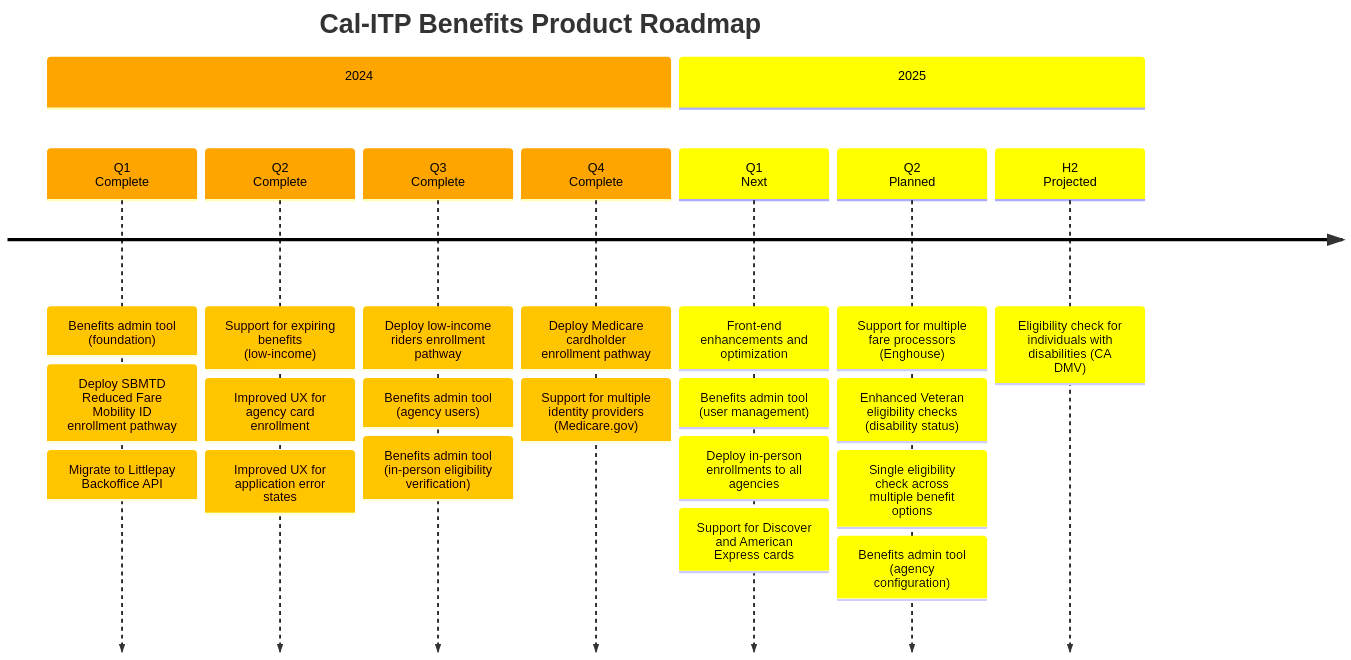
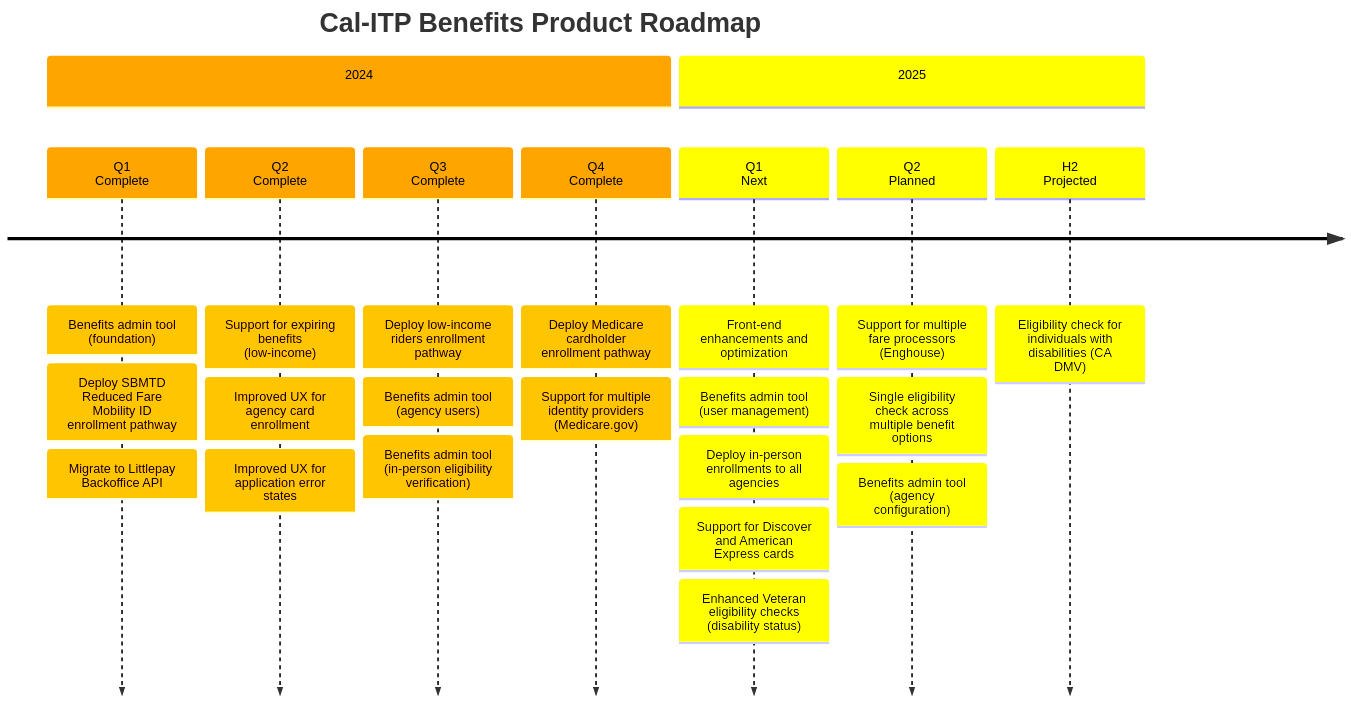
One commit to cal-itp/benefits changed the diagram in docs/enrollment-pathways/README.md. Above: the diagram before and after it, drawn with Mermaid.

Commit message:
Roadmap adjustments
- simplified mermaid code that defines diagram styling
- moved 'Enhanced Veteran eligibility checks' to Q1 2025 as we now have guidance on API access from VA.gov that may allow us to implement earlier.

````diff
--- a/docs/enrollment-pathways/README.md
+++ b/docs/enrollment-pathways/README.md
@@ -19,60 +19,50 @@
 ```mermaid
 timeline
     title Cal-ITP Benefits Product Roadmap
 %% Cal-ITP Benefits Epics (2024)
           section 2024
 
           Q1<br>Complete
           : Benefits admin tool (foundation)
           : Deploy SBMTD Reduced Fare Mobility ID enrollment pathway
           : Migrate to Littlepay Backoffice API
 
           Q2<br>Complete
           : Support for expiring benefits (low-income)
           : Improved UX for agency card enrollment
           : Improved UX for application error states
 
           Q3<br>Complete
           : Deploy low-income riders enrollment pathway
           : Benefits admin tool (agency users)
           : Benefits admin tool (in-person eligibility verification)
 
           Q4<br>Complete
           : Deploy Medicare cardholder enrollment pathway
           : Support for multiple identity providers (Medicare.gov)
 
 %% Cal-ITP Benefits Epics (2025)
           section 2025
 
           Q1<br>Next
         : Front-end enhancements and optimization
         : Benefits admin tool (user management)
         : Deploy in-person enrollments to all agencies
-      %%: Deploy Connect Card enrollment pathway to SACOG agencies
         : Support for Discover and American Express cards
+        : Enhanced Veteran eligibility checks (disability status)
 
           Q2<br>Planned
+      %%: Deploy Connect Card enrollment pathway to SACOG agencies
         : Support for multiple fare processors (Enghouse)
-        : Enhanced Veteran eligibility checks (disability status)
         : Single eligibility check across multiple benefit options
         : Benefits admin tool (agency configuration)
 
           H2<br>Projected
         : Eligibility check for individuals with disabilities (CA DMV)
 
-%%{
-    init: {
-        'logLevel': 'debug',
-        'theme': 'default' ,
-        'themeVariables': {
-            'cScale0': '#ffa500', 'cScaleLabel0': '#000000',
-            'cScale1': '#ffff00', 'cScaleLabel1': '#000000',
-            'cScale2': '#ffff00', 'cScaleLabel2': '#000000',
-            'cScale3': '#008000', 'cScaleLabel3': '#ffffff',
-            'cScale4': '#0000ff', 'cScaleLabel4': '#ffffff',
-            'cScale5': '#4b0082', 'cScaleLabel5': '#ffffff',
-            'cScale6': '#000000', 'cScaleLabel6': '#ffffff'
-        }
-    }
-}%%
+%%{init: { 'logLevel': 'debug', 'theme': 'default' , 'themeVariables': {
+              'cScale0': 'orange' , 'cScaleLabel0': 'black',
+              'cScale1': 'yellow' , 'cScaleLabel1': 'black',
+              'cScale2': 'green' , 'cScaleLabel2': 'white'
+       } } }%%
 ```
````
